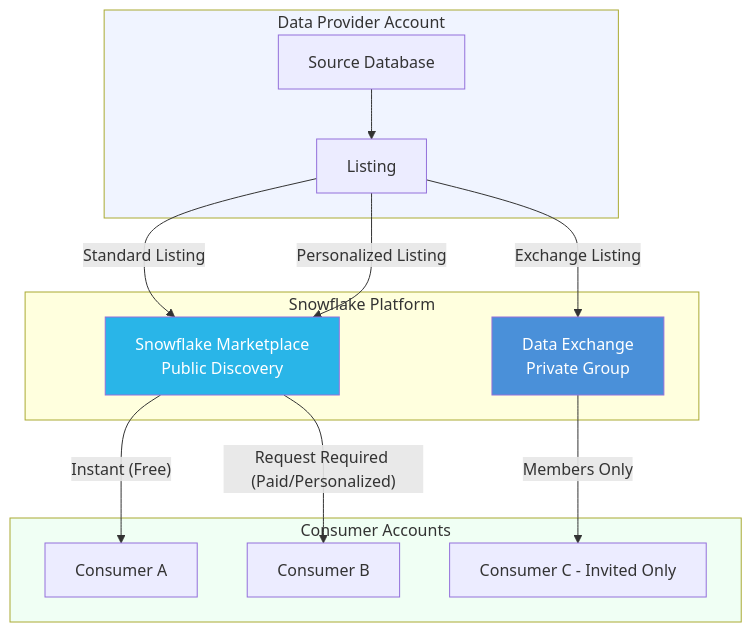
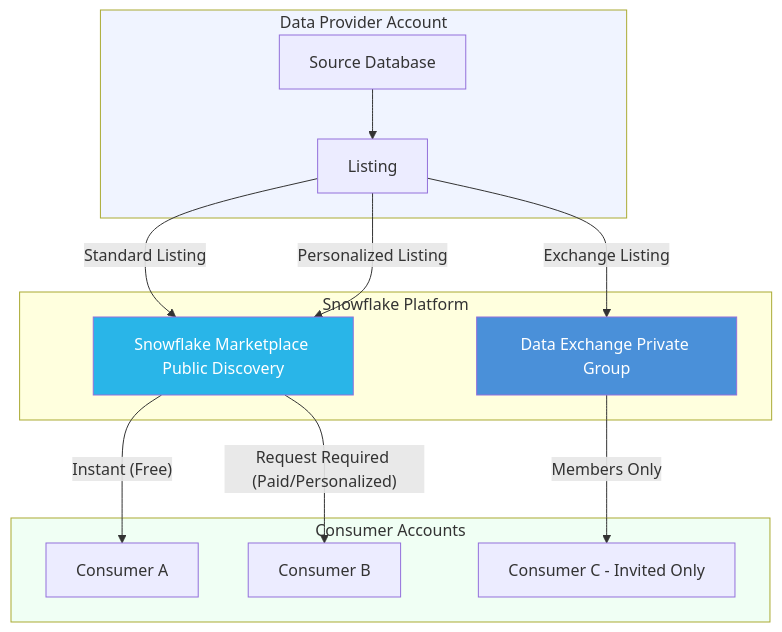
The diagram in 5_Data_Collaboration/5.2_Data_Marketplace_and_Exchange.md (harishupadrasta/snowPro-Core), drawn with Mermaid before and after one commit. The commit also changed 16 other files, not shown here.

First line of the commit message:
Fix mermaid diagrams: replace <br/> with spaces for GitHub rendering

````diff
--- a/5_Data_Collaboration/5.2_Data_Marketplace_and_Exchange.md
+++ b/5_Data_Collaboration/5.2_Data_Marketplace_and_Exchange.md
@@ -30,32 +30,32 @@
 ```mermaid
 flowchart TB
     subgraph Provider["Data Provider Account"]
         SRC[Source Database]
         LST[Listing]
         SRC --> LST
     end
 
     subgraph Platform["Snowflake Platform"]
-        MKT[Snowflake Marketplace<br/>Public Discovery]
-        DX[Data Exchange<br/>Private Group]
+        MKT[Snowflake Marketplace Public Discovery]
+        DX[Data Exchange Private Group]
     end
 
     subgraph Consumers["Consumer Accounts"]
         C1[Consumer A]
         C2[Consumer B]
         C3[Consumer C - Invited Only]
     end
 
     LST -->|Standard Listing| MKT
     LST -->|Personalized Listing| MKT
     LST -->|Exchange Listing| DX
 
     MKT -->|"Instant (Free)"| C1
     MKT -->|"Request Required (Paid/Personalized)"| C2
     DX -->|"Members Only"| C3
 
     style MKT fill:#29b5e8,color:#fff
     style DX fill:#4a90d9,color:#fff
     style Provider fill:#f0f4ff
     style Consumers fill:#f0fff4
 ```
````
